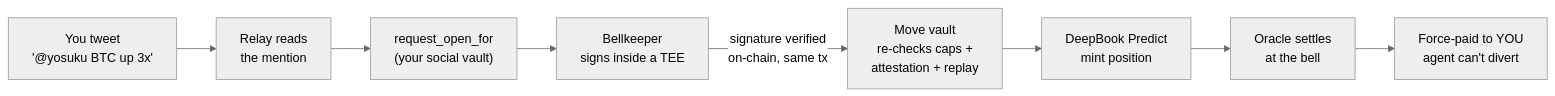
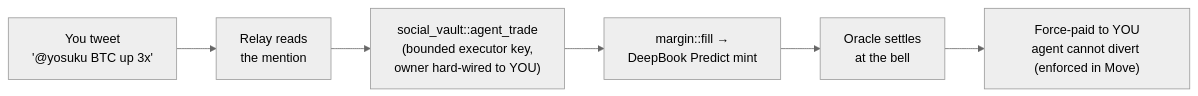
One commit to Cybire1/yosuku changed the diagram in README.md. Above: the diagram before and after it, drawn with Mermaid (neutral theme). The commit also changed other lines of this file, not shown here.

Commit message:
README: submission rewrite — predict-from-X lead, mobile/feed/strategies, npm + traction proof; honest framing (no false TEE/zkLogin claims)

````diff
--- a/README.md
+++ b/README.md
@@ -73,10 +72,8 @@
 ```mermaid
 flowchart LR
   T["You tweet<br/>'@yosuku BTC up 3x'"] --> R["Relay reads<br/>the mention"]
-  R --> V["request_open_for<br/>(your social vault)"]
-  V --> A["Bellkeeper<br/>signs inside a TEE"]
-  A -->|signature verified<br/>on-chain, same tx| M["Move vault<br/>re-checks caps +<br/>attestation + replay"]
-  M --> P["DeepBook Predict<br/>mint position"]
-  P --> S["Oracle settles<br/>at the bell"]
-  S --> U["Force-paid to YOU<br/>agent can't divert"]
+  R --> V["social_vault::agent_trade<br/>(bounded executor key,<br/>owner hard-wired to YOU)"]
+  V --> F["margin::fill →<br/>DeepBook Predict mint"]
+  F --> S["Oracle settles<br/>at the bell"]
+  S --> U["Force-paid to YOU<br/>agent cannot divert (enforced in Move)"]
 ```
````
